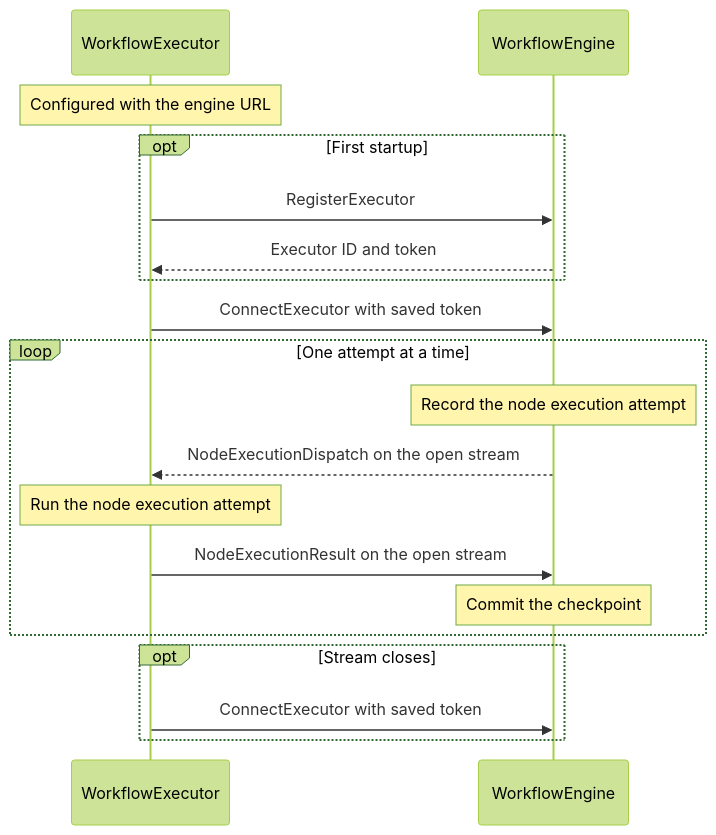
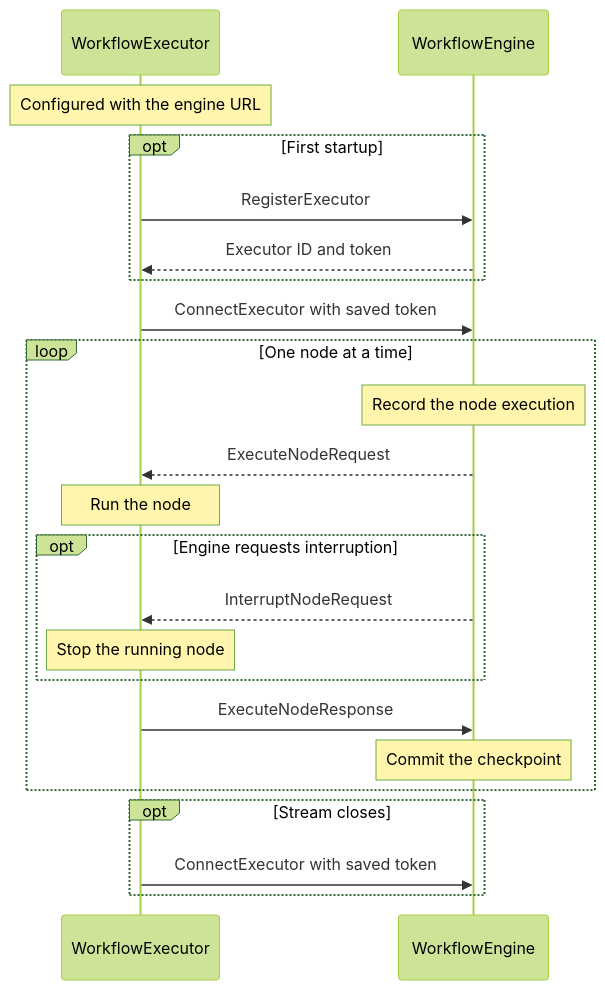
The diagram in docs/EXECUTION.md (tsealex/workflow), drawn with Mermaid (forest theme) before and after one commit. The commit also changed other lines of this file and 5 other files, not shown here.

````diff
--- a/docs/EXECUTION.md
+++ b/docs/EXECUTION.md
@@ -30,21 +31,25 @@
 ```mermaid
 sequenceDiagram
     participant X as WorkflowExecutor
     participant E as WorkflowEngine
     Note over X: Configured with the engine URL
     opt First startup
         X->>E: RegisterExecutor
         E-->>X: Executor ID and token
     end
     X->>E: ConnectExecutor with saved token
-    loop One attempt at a time
-        Note over E: Record the node execution attempt
-        E-->>X: NodeExecutionDispatch on the open stream
-        Note over X: Run the node execution attempt
-        X->>E: NodeExecutionResult on the open stream
+    loop One node at a time
+        Note over E: Record the node execution
+        E-->>X: ExecuteNodeRequest
+        Note over X: Run the node
+        opt Engine requests interruption
+            E-->>X: InterruptNodeRequest
+            Note over X: Stop the running node
+        end
+        X->>E: ExecuteNodeResponse
         Note over E: Commit the checkpoint
     end
     opt Stream closes
         X->>E: ConnectExecutor with saved token
     end
 ```
````
